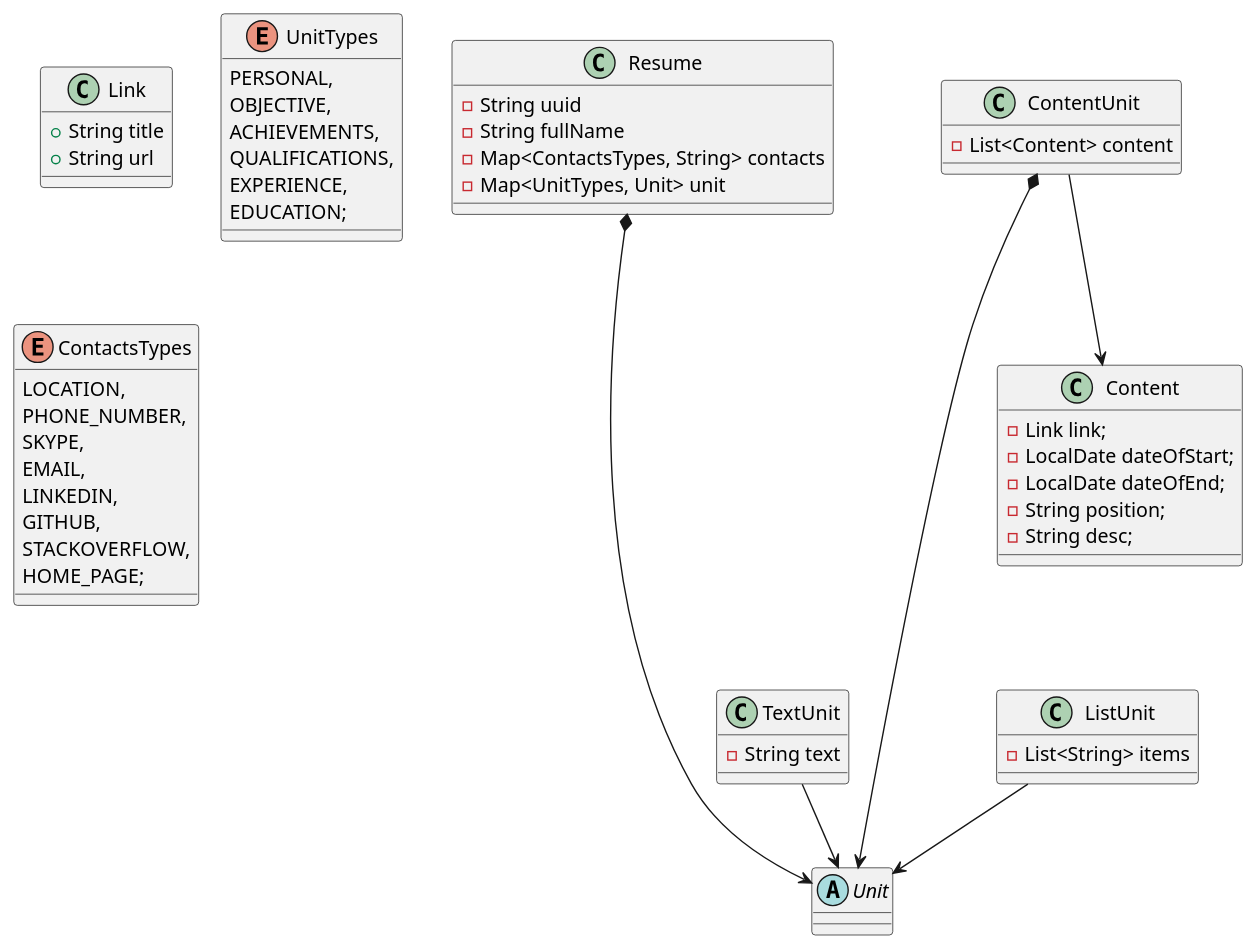
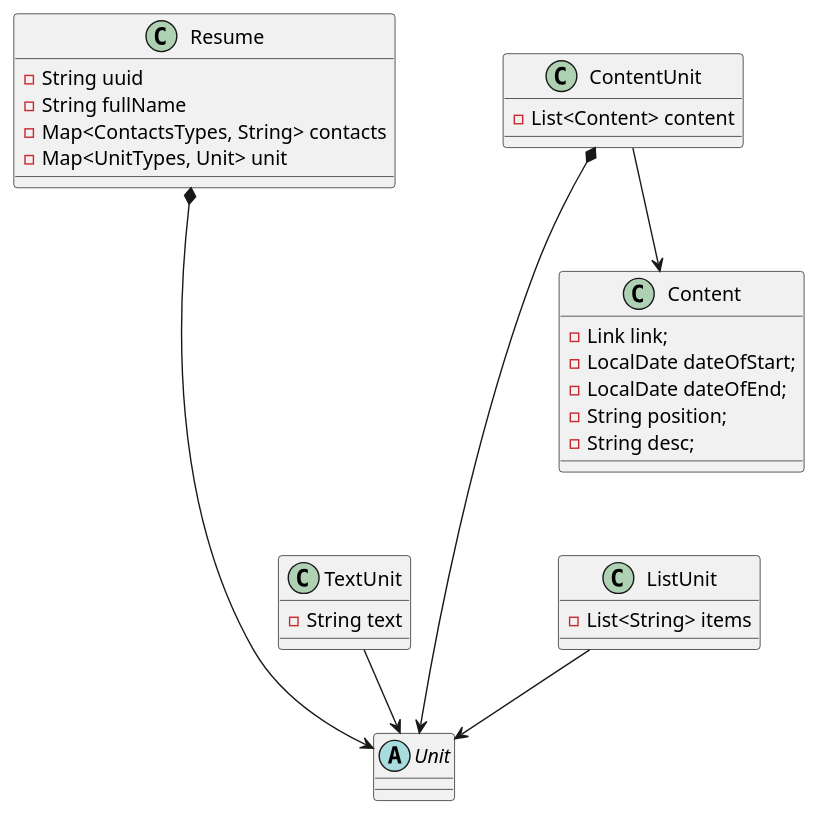
Before and after one commit to areal1ty/basejava: the diagram in src/com/basejava/webapp/model/DomainObject.puml, drawn with PlantUML. The commit also changed 6 other files, not shown here.

```diff
--- a/src/com/basejava/webapp/model/DomainObject.puml
+++ b/src/com/basejava/webapp/model/DomainObject.puml
@@ -1,60 +1,36 @@
 @startuml
 'https://plantuml.com/class-diagram
 
 abstract class Unit
 class Resume {
 -String uuid
 -String fullName
 -Map<ContactsTypes, String> contacts
 -Map<UnitTypes, Unit> unit
 }
+
 class Content {
     - Link link;
     - LocalDate dateOfStart;
     - LocalDate dateOfEnd;
     - String position;
     - String desc;
 }
 
 class TextUnit {
 -String text
 }
 class ContentUnit {
 -List<Content> content
 }
 class ListUnit {
 -List<String> items
 }
-class Link {
-+String title
-+String url
-}
 
 TextUnit --> Unit
 ContentUnit *----> Unit
 ListUnit --> Unit
 Resume *----> Unit
 ContentUnit --> Content
 
-
-enum UnitTypes {
-    PERSONAL,
-    OBJECTIVE,
-    ACHIEVEMENTS,
-    QUALIFICATIONS,
-    EXPERIENCE,
-    EDUCATION;
-}
-
-enum ContactsTypes {
-    LOCATION,
-    PHONE_NUMBER,
-    SKYPE,
-    EMAIL,
-    LINKEDIN,
-    GITHUB,
-    STACKOVERFLOW,
-    HOME_PAGE;
-}
-
 @enduml
```
